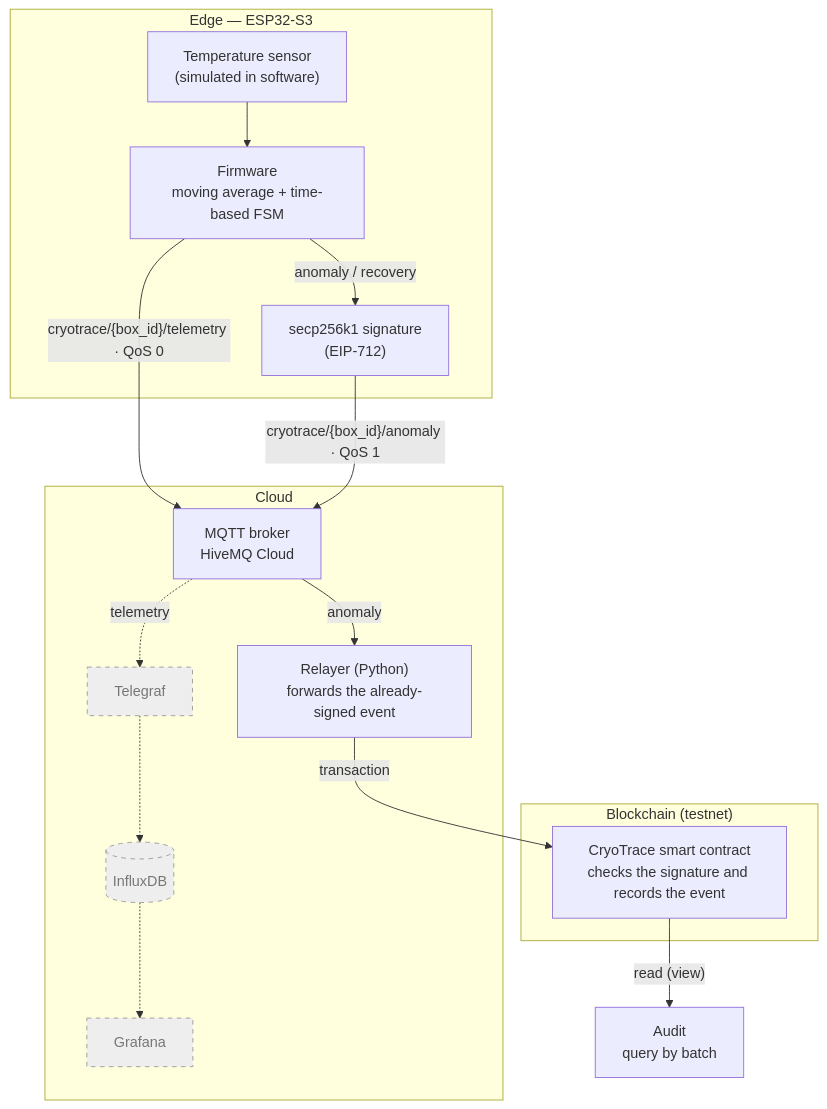
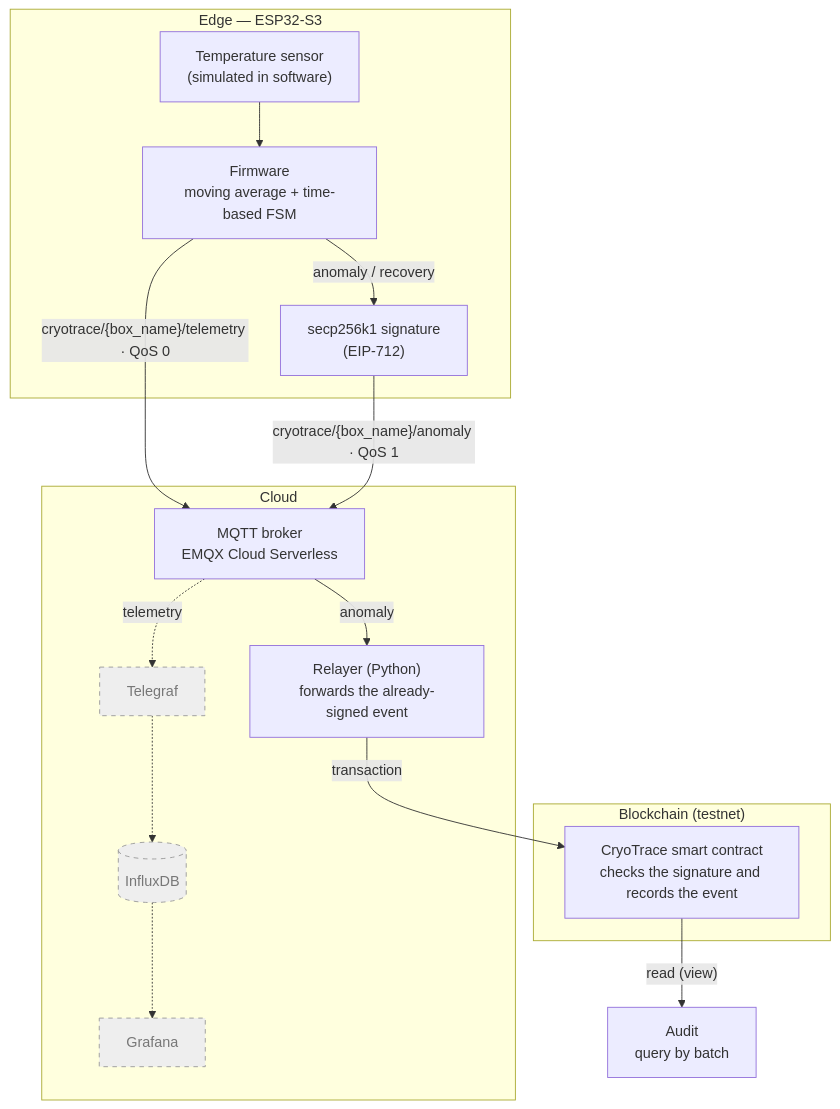
The diagram in README.md (JoaoDant4s/CryoTrace), drawn with Mermaid before and after one commit. The commit also changed other lines of this file and 27 other files, not shown here.

````diff
--- a/README.md
+++ b/README.md
@@ -12,37 +12,37 @@
 ```mermaid
 flowchart TB
     subgraph EDGE["Edge — ESP32-S3"]
         SENSOR["Temperature sensor<br/>(simulated in software)"]
         FW["Firmware<br/>moving average + time-based FSM"]
         SIGN["secp256k1 signature<br/>(EIP-712)"]
         SENSOR --> FW
         FW -- "anomaly / recovery" --> SIGN
     end
 
     subgraph CLOUD["Cloud"]
-        BROKER["MQTT broker<br/>HiveMQ Cloud"]
+        BROKER["MQTT broker<br/>EMQX Cloud Serverless"]
         RELAYER["Relayer (Python)<br/>forwards the already-signed event"]
         TELEGRAF["Telegraf"]
         INFLUX[("InfluxDB")]
         GRAFANA["Grafana"]
     end
 
     subgraph CHAIN["Blockchain (testnet)"]
         SC["CryoTrace smart contract<br/>checks the signature and records the event"]
     end
 
     TERM["Audit<br/>query by batch"]
 
-    FW -- "cryotrace/{box_id}/telemetry · QoS 0" --> BROKER
-    SIGN -- "cryotrace/{box_id}/anomaly · QoS 1" --> BROKER
+    FW -- "cryotrace/{box_name}/telemetry · QoS 0" --> BROKER
+    SIGN -- "cryotrace/{box_name}/anomaly · QoS 1" --> BROKER
     BROKER -- "anomaly" --> RELAYER
     RELAYER -- "transaction" --> SC
     SC -- "read (view)" --> TERM
 
     BROKER -. "telemetry" .-> TELEGRAF
     TELEGRAF -.-> INFLUX
     INFLUX -.-> GRAFANA
 
     classDef out fill:#eeeeee,stroke:#999999,stroke-dasharray:5 5,color:#777777
     class TELEGRAF,INFLUX,GRAFANA out
 ```
````
